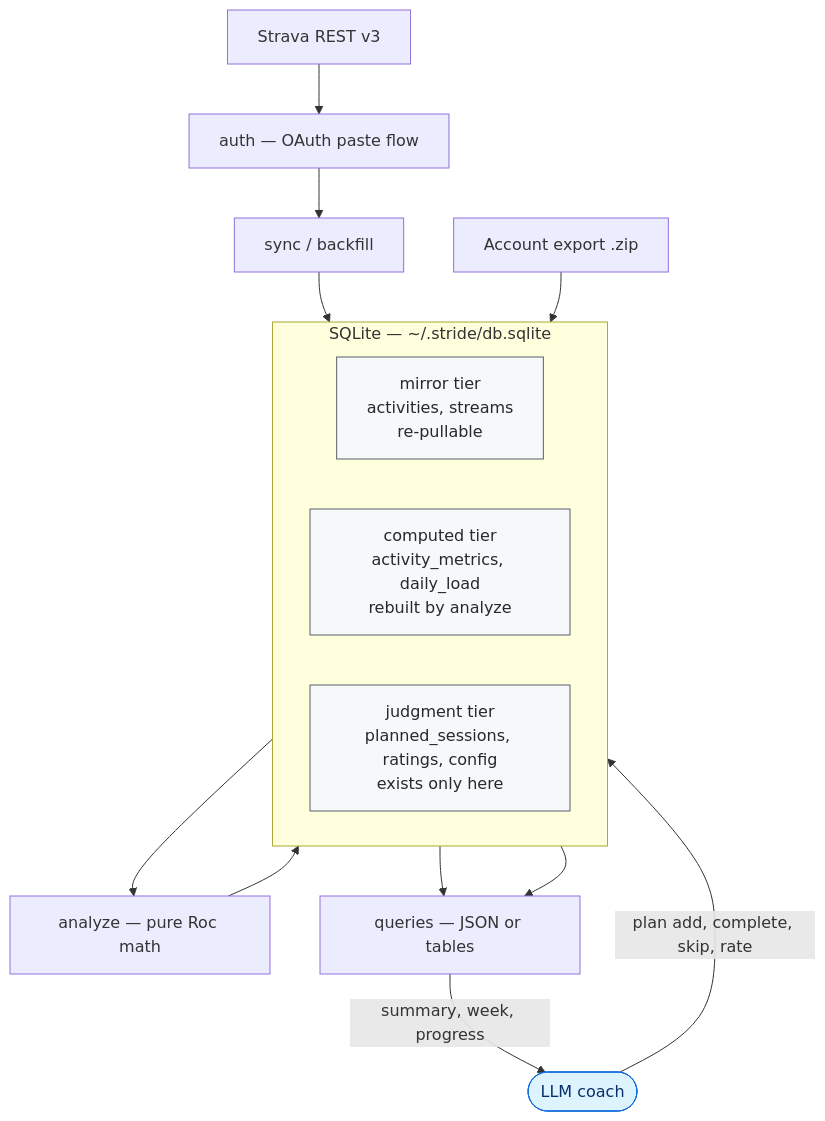
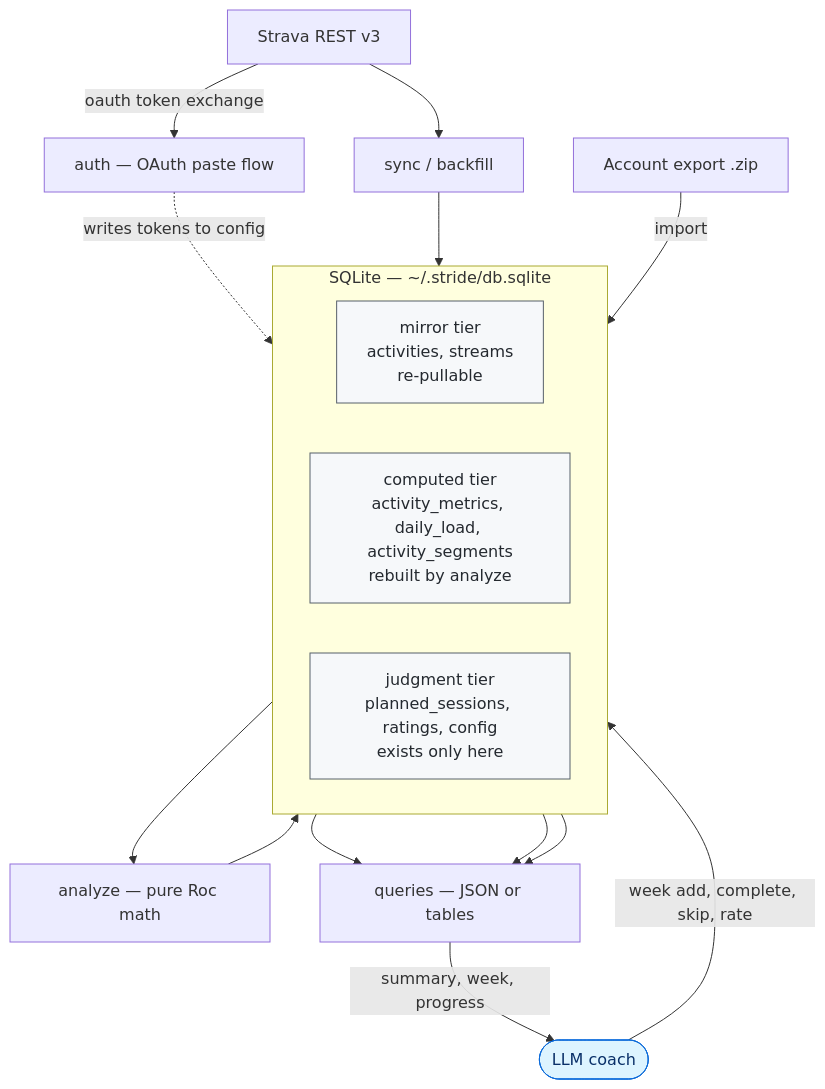
One commit to eschizoid/stride changed the diagram in README.md. Above: the diagram before and after it, drawn with Mermaid. The commit also changed other lines of this file and 37 other files, not shown here.

````diff
--- a/README.md
+++ b/README.md
@@ -291,31 +333,34 @@
 ```mermaid
 flowchart TD
     strava["Strava REST v3"]
     export["Account export .zip"]
     auth["auth — OAuth paste flow"]
     sync["sync / backfill"]
 
     subgraph db["SQLite — ~/.stride/db.sqlite"]
         direction LR
         mirror["mirror tier<br>activities, streams<br>re-pullable"]
-        computed["computed tier<br>activity_metrics, daily_load<br>rebuilt by analyze"]
+        computed["computed tier<br>activity_metrics, daily_load, activity_segments<br>rebuilt by analyze"]
         judgment["judgment tier<br>planned_sessions, ratings, config<br>exists only here"]
     end
 
     analyze["analyze — pure Roc math"]
     queries["queries — JSON or tables"]
     coach(["LLM coach"])
 
-    strava --> auth --> sync --> mirror
-    export --> mirror
+    strava -->|"oauth token exchange"| auth
+    auth -.->|"writes tokens to config"| judgment
+    strava --> sync --> mirror
+    export -->|"import"| mirror
     mirror --> analyze --> computed
+    mirror --> queries
     computed --> queries
     judgment --> queries
     queries -->|"summary, week, progress"| coach
-    coach -->|"plan add, complete, skip, rate"| judgment
+    coach -->|"week add, complete, skip, rate"| judgment
 
     classDef tier fill:#f6f8fa,stroke:#57606a,color:#24292f
     classDef actor fill:#ddf4ff,stroke:#0969da,color:#0a3069
     class mirror,computed,judgment tier
     class coach actor
 ```
````
